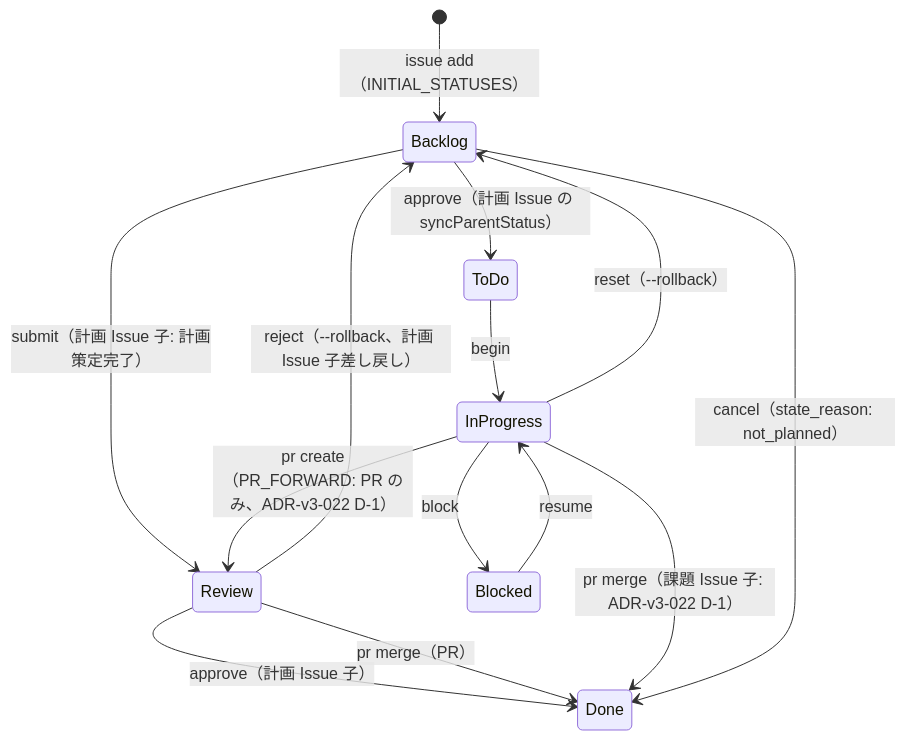
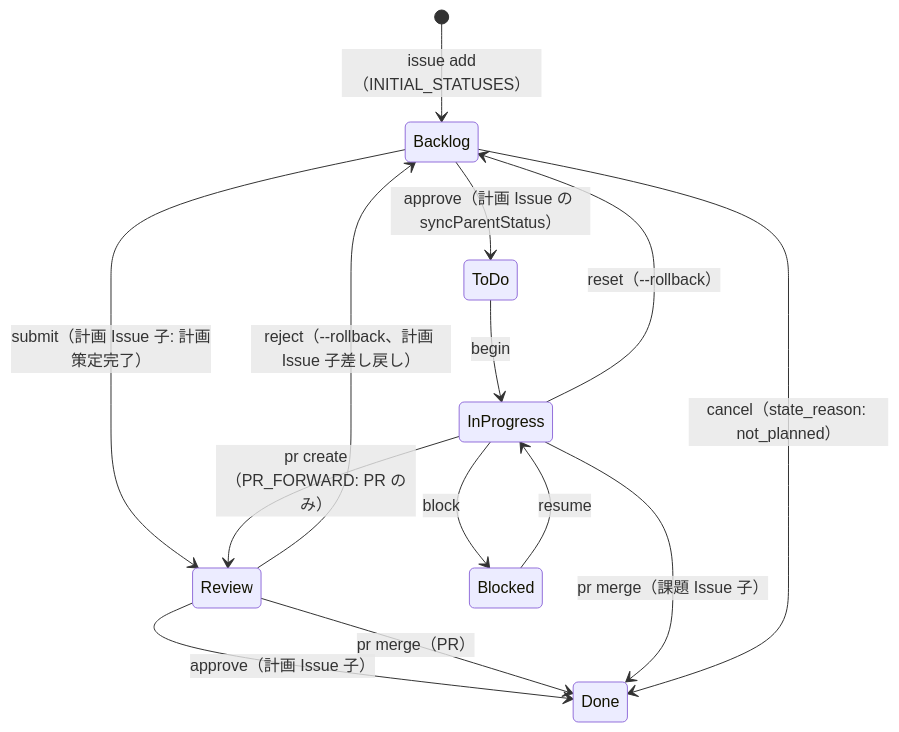
The diagram in shirokuma-skills-ja/skills/showing-github/reference/github-operations.md (ShirokumaDevelopment/shirokuma-plugins), drawn with Mermaid before and after one commit. The commit also changed other lines of this file and 134 other files, not shown here.

````diff
--- a/shirokuma-skills-ja/skills/showing-github/reference/github-operations.md
+++ b/shirokuma-skills-ja/skills/showing-github/reference/github-operations.md
@@ -198,16 +198,16 @@
 ```mermaid
 stateDiagram-v2
   [*] --> Backlog: issue add（INITIAL_STATUSES）
   Backlog --> ToDo: approve（計画 Issue の syncParentStatus）
   Backlog --> Review: submit（計画 Issue 子: 計画策定完了）
   ToDo --> InProgress: begin
-  InProgress --> Review: pr create（PR_FORWARD: PR のみ、ADR-v3-022 D-1）
+  InProgress --> Review: pr create（PR_FORWARD: PR のみ）
   Review --> Done: approve（計画 Issue 子）
   Review --> Done: pr merge（PR）
   InProgress --> Blocked: block
   Blocked --> InProgress: resume
-  InProgress --> Done: pr merge（課題 Issue 子: ADR-v3-022 D-1）
+  InProgress --> Done: pr merge（課題 Issue 子）
   Backlog --> Done: cancel（state_reason: not_planned）
   Review --> Backlog: reject（--rollback、計画 Issue 子差し戻し）
   InProgress --> Backlog: reset（--rollback）
 ```
````
